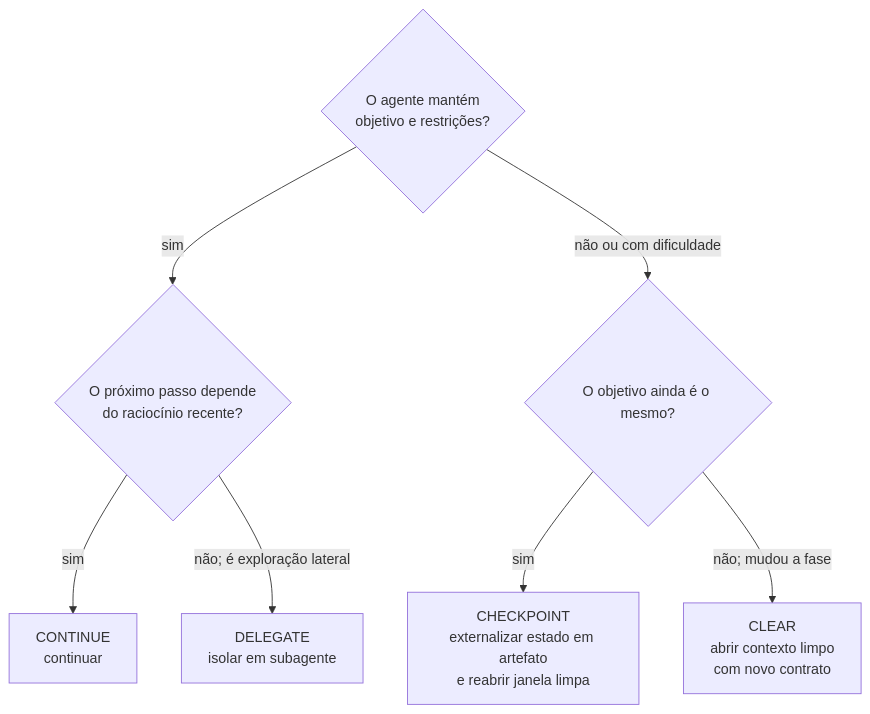
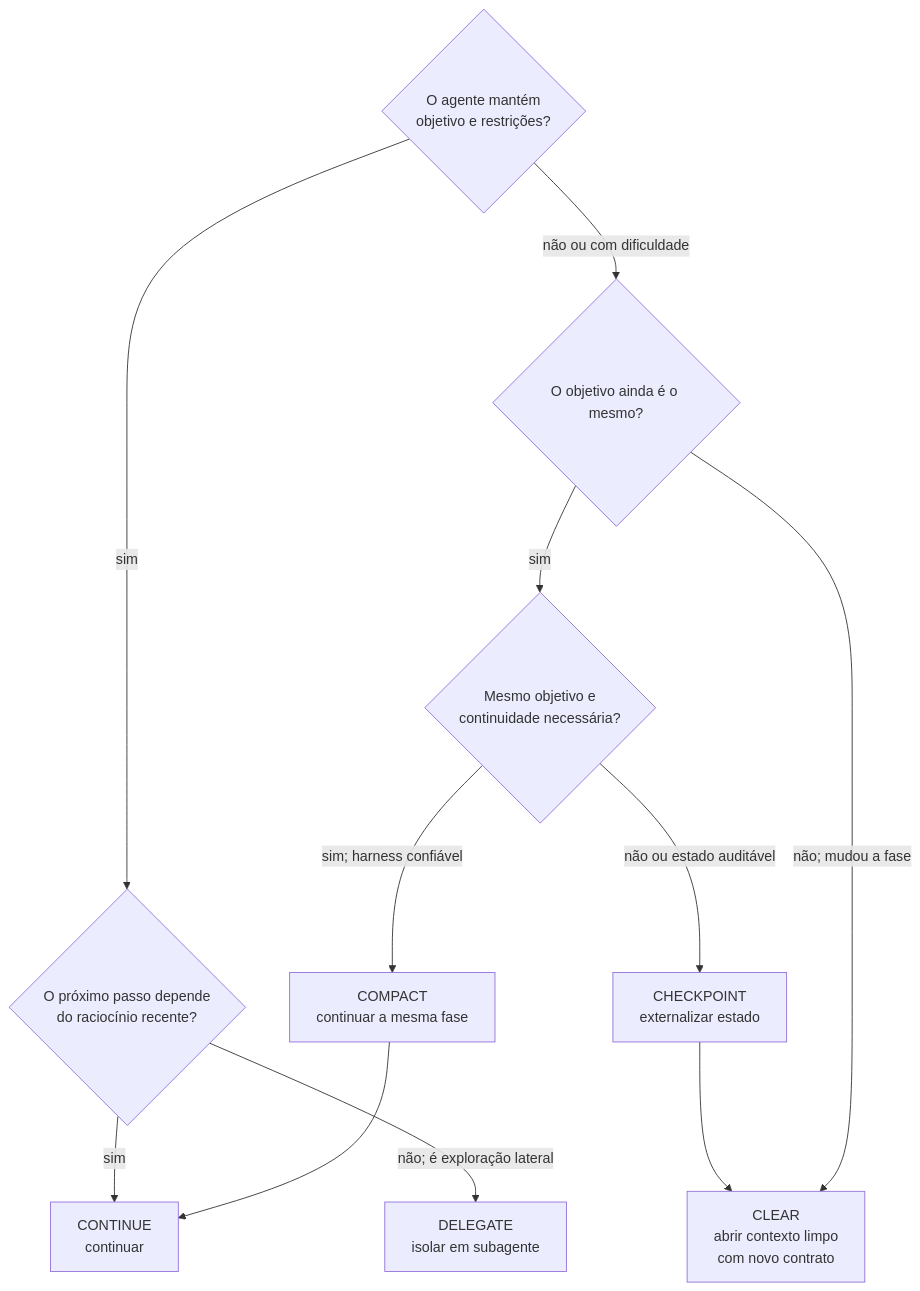
The third of 4 diagrams in docs/livro/01-fundamentos.md (Erick-Marinho/do-zero-ao-agente), drawn with Mermaid before and after one commit. The commit also changed other lines of this file and 13 other files, not shown here.

````diff
--- a/docs/livro/01-fundamentos.md
+++ b/docs/livro/01-fundamentos.md
@@ -105,10 +105,14 @@
 ```mermaid
 flowchart TD
     A{O agente mantém<br/>objetivo e restrições?}
     A -->|sim| B{O próximo passo depende<br/>do raciocínio recente?}
     B -->|sim| C[CONTINUE<br/>continuar]
     B -->|não; é exploração lateral| D[DELEGATE<br/>isolar em subagente]
     A -->|não ou com dificuldade| E{O objetivo ainda é o mesmo?}
-    E -->|sim| F[CHECKPOINT<br/>externalizar estado em artefato<br/>e reabrir janela limpa]
+    E -->|sim| F{Mesmo objetivo e<br/>continuidade necessária?}
+    F -->|sim; harness confiável| H[COMPACT<br/>continuar a mesma fase]
+    H --> C
+    F -->|não ou estado auditável| I[CHECKPOINT<br/>externalizar estado]
+    I --> G
     E -->|não; mudou a fase| G[CLEAR<br/>abrir contexto limpo<br/>com novo contrato]
 ```
````
